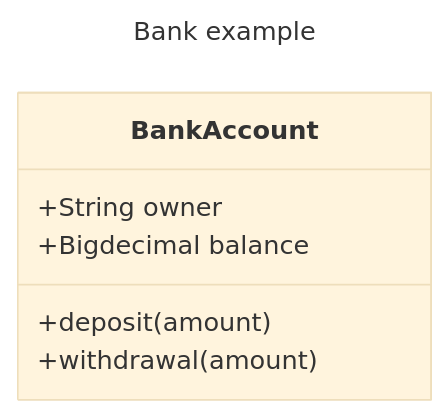
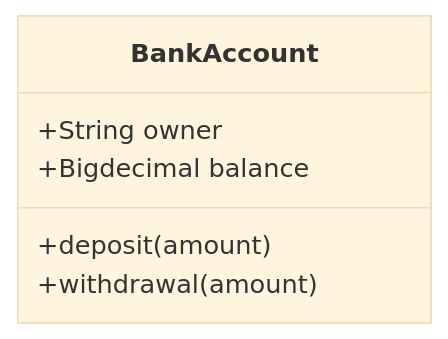
The second of 21 diagrams in syntax/classDiagram.qmd (data-intuitive/mermaid-demos-in-quarto), drawn with Mermaid (base theme) before and after one commit. The commit also changed other lines of this file and 21 other files, not shown here.

````diff
--- a/syntax/classDiagram.qmd
+++ b/syntax/classDiagram.qmd
@@ -51,12 +48,9 @@
 ```{mermaid}
----
-title: Bank example
----
 classDiagram
     class BankAccount
     BankAccount : +String owner
     BankAccount : +Bigdecimal balance
     BankAccount : +deposit(amount)
     BankAccount : +withdrawal(amount)
 
 ```
````
